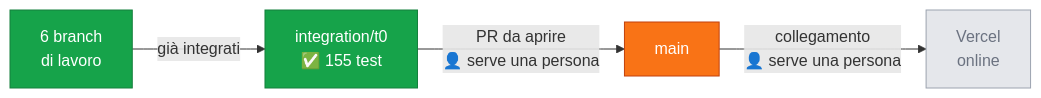
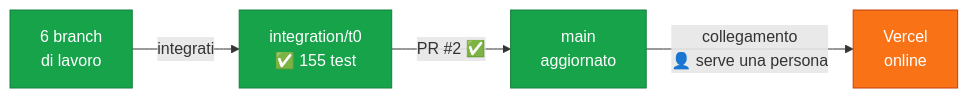
One commit to dibari62/scrum-master-ai changed the third of 3 diagrams in docs/stato-progetto.md. Above: the diagram before and after it, drawn with Mermaid. The commit also changed other lines of this file and 1 other file, not shown here.

First line of the commit message:
docs: record that T0 reached main and Vercel is the last step

````diff
--- a/docs/stato-progetto.md
+++ b/docs/stato-progetto.md
@@ -111,14 +111,13 @@
 ```mermaid
 graph LR
-    A["6 branch<br/>di lavoro"] -->|"già integrati"| B["integration/t0<br/>✅ 155 test"]
-    B -->|"PR da aprire<br/>👤 serve una persona"| C["main"]
+    A["6 branch<br/>di lavoro"] -->|"integrati"| B["integration/t0<br/>✅ 155 test"]
+    B -->|"PR #2 ✅"| C["main<br/>aggiornato"]
     C -->|"collegamento<br/>👤 serve una persona"| D["Vercel<br/>online"]
 
     classDef fatto fill:#16a34a,stroke:#15803d,color:#fff
     classDef bloccato fill:#f97316,stroke:#c2410c,color:#fff
     classDef todo fill:#e5e7eb,stroke:#9ca3af,color:#6b7280
 
-    class A,B fatto
-    class C bloccato
-    class D todo
+    class A,B,C fatto
+    class D bloccato
 ```
````
